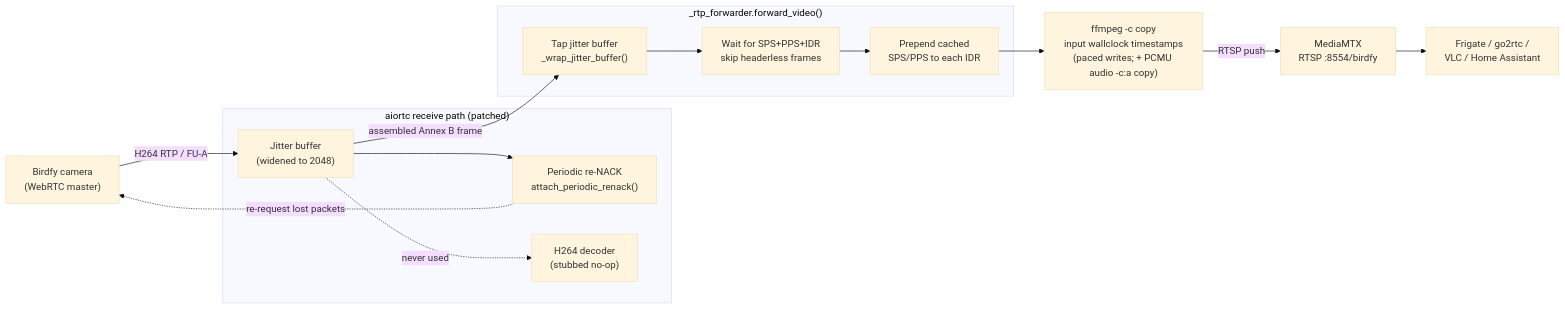
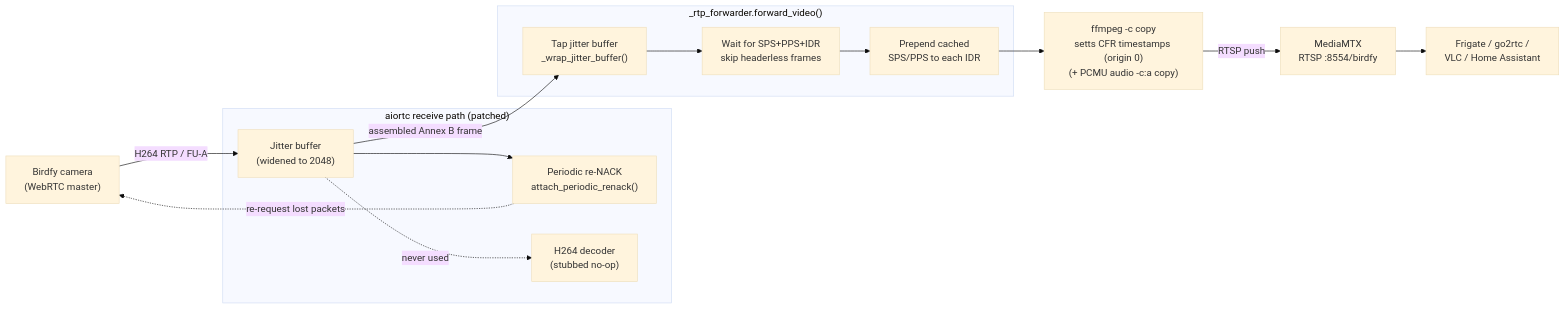
Before and after one commit to jezewjme/birdfy-bridge: the first of 2 diagrams in docs/protocol.md, drawn with Mermaid (base theme). The commit also changed other lines of this file and 4 other files, not shown here.

````diff
--- a/docs/protocol.md
+++ b/docs/protocol.md
@@ -9,25 +9,25 @@
 ```mermaid
 flowchart LR
     cam["Birdfy camera<br/>(WebRTC master)"]
     subgraph aiortc["aiortc receive path (patched)"]
         jb["Jitter buffer<br/>(widened to 2048)"]
         nack["Periodic re-NACK<br/>attach_periodic_renack()"]
         decode["H264 decoder<br/>(stubbed no-op)"]
     end
     subgraph fwd["_rtp_forwarder.forward_video()"]
         tap["Tap jitter buffer<br/>_wrap_jitter_buffer()"]
         gate["Wait for SPS+PPS+IDR<br/>skip headerless frames"]
         prepend["Prepend cached<br/>SPS/PPS to each IDR"]
     end
-    ff["ffmpeg -c copy<br/>input wallclock timestamps<br/>(paced writes; + PCMU audio -c:a copy)"]
+    ff["ffmpeg -c copy<br/>setts CFR timestamps (origin 0)<br/>(+ PCMU audio -c:a copy)"]
     mtx["MediaMTX<br/>RTSP :8554/birdfy"]
     client["Frigate / go2rtc /<br/>VLC / Home Assistant"]
 
     cam -->|H264 RTP / FU-A| jb
     nack -.->|re-request lost packets| cam
     jb --> nack
     jb -.->|never used| decode
     jb -->|assembled Annex B frame| tap
     tap --> gate --> prepend --> ff
     ff -->|RTSP push| mtx --> client
 ```
````
